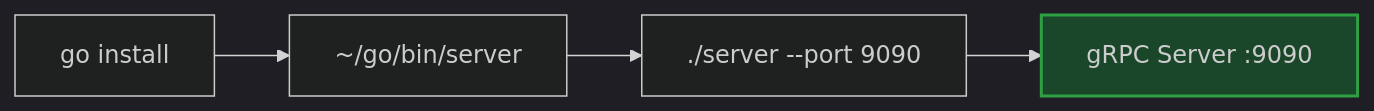
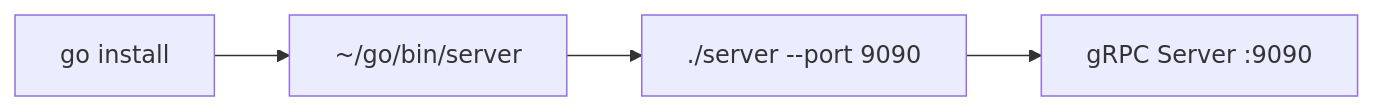
The ninth of 12 diagrams in ARCHITECTURE.md (blackwell-systems/gcp-secret-manager-emulator), drawn with Mermaid before and after one commit. The commit also changed other lines of this file, not shown here.

First line of the commit message:
Fix Mermaid diagram syntax for GitHub rendering

````diff
--- a/ARCHITECTURE.md
+++ b/ARCHITECTURE.md
@@ -360,9 +353,9 @@
 ```mermaid
-%%{init: {'theme':'dark'}}%%
+
 graph LR
     A[go install] --> B[~/go/bin/server]
     B --> C[./server --port 9090]
     C --> D[gRPC Server :9090]
 
-    style D fill:#1a472a,stroke:#2ea043,stroke-width:2px
+
 ```
````
